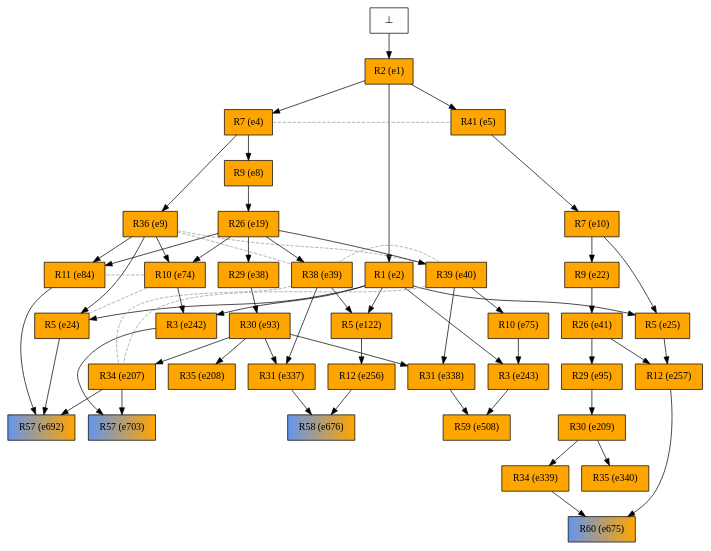
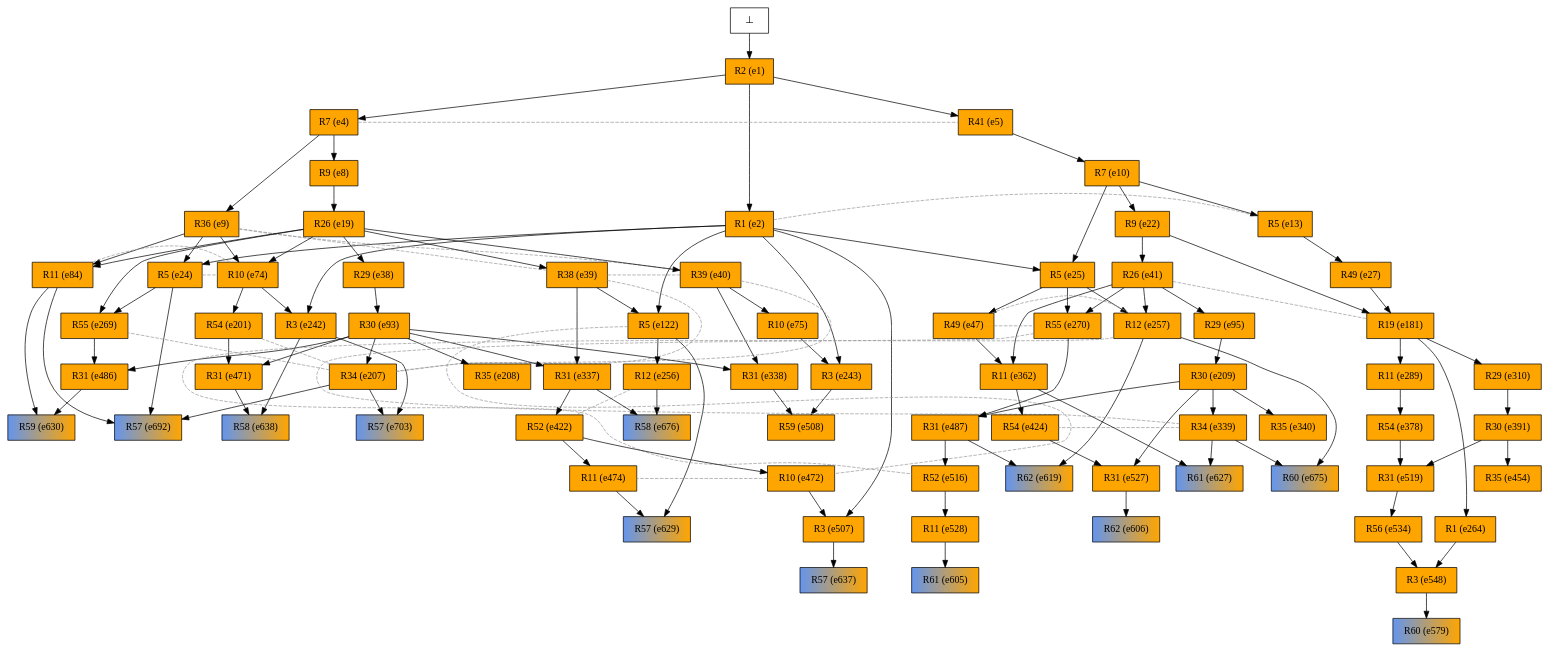
One commit to giannkas/ecofolder changed the diagram in examples/sys_t/sys_t_Bu2_pr_unf.dot. Above: the diagram before and after it, drawn with Graphviz. The commit also changed 22 other files, not shown here.

```diff
--- a/examples/sys_t/sys_t_Bu2_pr_unf.dot
+++ b/examples/sys_t/sys_t_Bu2_pr_unf.dot
@@ -5,16 +5,19 @@
   e4 -> e8;
   e4 -> e9;
   e5 -> e10;
+  e10 -> e13;
   e8 -> e19;
   e10 -> e22;
   e2 -> e24;
   e9 -> e24;
   e2 -> e25;
   e10 -> e25;
+  e13 -> e27;
   e19 -> e38;
   e19 -> e39;
   e19 -> e40;
   e22 -> e41;
+  e25 -> e47;
   e9 -> e74;
   e19 -> e74;
   e40 -> e75;
@@ -24,6 +27,9 @@
   e41 -> e95;
   e2 -> e122;
   e39 -> e122;
+  e22 -> e181;
+  e27 -> e181;
+  e74 -> e201;
   e93 -> e207;
   e93 -> e208;
   e95 -> e209;
@@ -34,14 +40,61 @@
   e122 -> e256;
   e25 -> e257;
   e41 -> e257;
+  e181 -> e264;
+  e19 -> e269;
+  e24 -> e269;
+  e25 -> e270;
+  e41 -> e270;
+  e181 -> e289;
+  e181 -> e310;
   e39 -> e337;
   e93 -> e337;
   e40 -> e338;
   e93 -> e338;
   e209 -> e339;
   e209 -> e340;
+  e41 -> e362;
+  e47 -> e362;
+  e289 -> e378;
+  e310 -> e391;
+  e337 -> e422;
+  e362 -> e424;
+  e391 -> e454;
+  e93 -> e471;
+  e201 -> e471;
+  e422 -> e472;
+  e422 -> e474;
+  e93 -> e486;
+  e269 -> e486;
+  e209 -> e487;
+  e270 -> e487;
+  e2 -> e507;
+  e472 -> e507;
   e243 -> e508;
   e338 -> e508;
+  e487 -> e516;
+  e378 -> e519;
+  e391 -> e519;
+  e209 -> e527;
+  e424 -> e527;
+  e516 -> e528;
+  e519 -> e534;
+  e264 -> e548;
+  e534 -> e548;
+  e548 -> e579;
+  e528 -> e605;
+  e527 -> e606;
+  e257 -> e619;
+  e487 -> e619;
+  e339 -> e627;
+  e362 -> e627;
+  e122 -> e629;
+  e474 -> e629;
+  e84 -> e630;
+  e486 -> e630;
+  e507 -> e637;
+  e242 -> e638;
+  e471 -> e638;
   e257 -> e675;
   e339 -> e675;
   e256 -> e676;
@@ -54,6 +107,7 @@
   e0 -> e1;
 
 //conflicts
+  e2 -> e13 [arrowhead=none color=gray60 style=dashed constraint=false];
   e4 -> e5 [arrowhead=none color=gray60 style=dashed constraint=false];
   e9 -> e39 [arrowhead=none color=gray60 style=dashed constraint=false];
   e9 -> e40 [arrowhead=none color=gray60 style=dashed constraint=false];
@@ -61,7 +115,18 @@
   e39 -> e40 [arrowhead=none color=gray60 style=dashed constraint=false];
   e39 -> e207 [arrowhead=none color=gray60 style=dashed constraint=false];
   e40 -> e207 [arrowhead=none color=gray60 style=dashed constraint=false];
+  e41 -> e181 [arrowhead=none color=gray60 style=dashed constraint=false];
+  e47 -> e257 [arrowhead=none color=gray60 style=dashed constraint=false];
+  e47 -> e270 [arrowhead=none color=gray60 style=dashed constraint=false];
   e74 -> e84 [arrowhead=none color=gray60 style=dashed constraint=false];
+  e122 -> e472 [arrowhead=none color=gray60 style=dashed constraint=false];
+  e201 -> e207 [arrowhead=none color=gray60 style=dashed constraint=false];
+  e207 -> e269 [arrowhead=none color=gray60 style=dashed constraint=false];
+  e256 -> e422 [arrowhead=none color=gray60 style=dashed constraint=false];
+  e257 -> e516 [arrowhead=none color=gray60 style=dashed constraint=false];
+  e270 -> e339 [arrowhead=none color=gray60 style=dashed constraint=false];
+  e339 -> e424 [arrowhead=none color=gray60 style=dashed constraint=false];
+  e472 -> e474 [arrowhead=none color=gray60 style=dashed constraint=false];
 
   e1 [color="black" fillcolor="orange:orange" label="R2 (e1)" shape=box style=filled];
   e2 [color="black" fillcolor="orange:orange" label="R1 (e2)" shape=box style=filled];
@@ -70,20 +135,25 @@
   e8 [color="black" fillcolor="orange:orange" label="R9 (e8)" shape=box style=filled];
   e9 [color="black" fillcolor="orange:orange" label="R36 (e9)" shape=box style=filled];
   e10 [color="black" fillcolor="orange:orange" label="R7 (e10)" shape=box style=filled];
+  e13 [color="black" fillcolor="orange:orange" label="R5 (e13)" shape=box style=filled];
   e19 [color="black" fillcolor="orange:orange" label="R26 (e19)" shape=box style=filled];
   e22 [color="black" fillcolor="orange:orange" label="R9 (e22)" shape=box style=filled];
   e24 [color="black" fillcolor="orange:orange" label="R5 (e24)" shape=box style=filled];
   e25 [color="black" fillcolor="orange:orange" label="R5 (e25)" shape=box style=filled];
+  e27 [color="black" fillcolor="orange:orange" label="R49 (e27)" shape=box style=filled];
   e38 [color="black" fillcolor="orange:orange" label="R29 (e38)" shape=box style=filled];
   e39 [color="black" fillcolor="orange:orange" label="R38 (e39)" shape=box style=filled];
   e40 [color="black" fillcolor="orange:orange" label="R39 (e40)" shape=box style=filled];
   e41 [color="black" fillcolor="orange:orange" label="R26 (e41)" shape=box style=filled];
+  e47 [color="black" fillcolor="orange:orange" label="R49 (e47)" shape=box style=filled];
   e74 [color="black" fillcolor="orange:orange" label="R10 (e74)" shape=box style=filled];
   e75 [color="black" fillcolor="orange:orange" label="R10 (e75)" shape=box style=filled];
   e84 [color="black" fillcolor="orange:orange" label="R11 (e84)" shape=box style=filled];
   e93 [color="black" fillcolor="orange:orange" label="R30 (e93)" shape=box style=filled];
   e95 [color="black" fillcolor="orange:orange" label="R29 (e95)" shape=box style=filled];
   e122 [color="black" fillcolor="orange:orange" label="R5 (e122)" shape=box style=filled];
+  e181 [color="black" fillcolor="orange:orange" label="R19 (e181)" shape=box style=filled];
+  e201 [color="black" fillcolor="orange:orange" label="R54 (e201)" shape=box style=filled];
   e207 [color="black" fillcolor="orange:orange" label="R34 (e207)" shape=box style=filled];
   e208 [color="black" fillcolor="orange:orange" label="R35 (e208)" shape=box style=filled];
   e209 [color="black" fillcolor="orange:orange" label="R30 (e209)" shape=box style=filled];
@@ -91,11 +161,43 @@
   e243 [color="black" fillcolor="orange:orange" label="R3 (e243)" shape=box style=filled];
   e256 [color="black" fillcolor="orange:orange" label="R12 (e256)" shape=box style=filled];
   e257 [color="black" fillcolor="orange:orange" label="R12 (e257)" shape=box style=filled];
+  e264 [color="black" fillcolor="orange:orange" label="R1 (e264)" shape=box style=filled];
+  e269 [color="black" fillcolor="orange:orange" label="R55 (e269)" shape=box style=filled];
+  e270 [color="black" fillcolor="orange:orange" label="R55 (e270)" shape=box style=filled];
+  e289 [color="black" fillcolor="orange:orange" label="R11 (e289)" shape=box style=filled];
+  e310 [color="black" fillcolor="orange:orange" label="R29 (e310)" shape=box style=filled];
   e337 [color="black" fillcolor="orange:orange" label="R31 (e337)" shape=box style=filled];
   e338 [color="black" fillcolor="orange:orange" label="R31 (e338)" shape=box style=filled];
   e339 [color="black" fillcolor="orange:orange" label="R34 (e339)" shape=box style=filled];
   e340 [color="black" fillcolor="orange:orange" label="R35 (e340)" shape=box style=filled];
+  e362 [color="black" fillcolor="orange:orange" label="R11 (e362)" shape=box style=filled];
+  e378 [color="black" fillcolor="orange:orange" label="R54 (e378)" shape=box style=filled];
+  e391 [color="black" fillcolor="orange:orange" label="R30 (e391)" shape=box style=filled];
+  e422 [color="black" fillcolor="orange:orange" label="R52 (e422)" shape=box style=filled];
+  e424 [color="black" fillcolor="orange:orange" label="R54 (e424)" shape=box style=filled];
+  e454 [color="black" fillcolor="orange:orange" label="R35 (e454)" shape=box style=filled];
+  e471 [color="black" fillcolor="orange:orange" label="R31 (e471)" shape=box style=filled];
+  e472 [color="black" fillcolor="orange:orange" label="R10 (e472)" shape=box style=filled];
+  e474 [color="black" fillcolor="orange:orange" label="R11 (e474)" shape=box style=filled];
+  e486 [color="black" fillcolor="orange:orange" label="R31 (e486)" shape=box style=filled];
+  e487 [color="black" fillcolor="orange:orange" label="R31 (e487)" shape=box style=filled];
+  e507 [color="black" fillcolor="orange:orange" label="R3 (e507)" shape=box style=filled];
   e508 [color="black" fillcolor="orange:orange" label="R59 (e508)" shape=box style=filled];
+  e516 [color="black" fillcolor="orange:orange" label="R52 (e516)" shape=box style=filled];
+  e519 [color="black" fillcolor="orange:orange" label="R31 (e519)" shape=box style=filled];
+  e527 [color="black" fillcolor="orange:orange" label="R31 (e527)" shape=box style=filled];
+  e528 [color="black" fillcolor="orange:orange" label="R11 (e528)" shape=box style=filled];
+  e534 [color="black" fillcolor="orange:orange" label="R56 (e534)" shape=box style=filled];
+  e548 [color="black" fillcolor="orange:orange" label="R3 (e548)" shape=box style=filled];
+  e579 [color="black" fillcolor="cornflowerblue:orange" label="R60 (e579)" shape=box style=filled];
+  e605 [color="black" fillcolor="cornflowerblue:orange" label="R61 (e605)" shape=box style=filled];
+  e606 [color="black" fillcolor="cornflowerblue:orange" label="R62 (e606)" shape=box style=filled];
+  e619 [color="black" fillcolor="cornflowerblue:orange" label="R62 (e619)" shape=box style=filled];
+  e627 [color="black" fillcolor="cornflowerblue:orange" label="R61 (e627)" shape=box style=filled];
+  e629 [color="black" fillcolor="cornflowerblue:orange" label="R57 (e629)" shape=box style=filled];
+  e630 [color="black" fillcolor="cornflowerblue:orange" label="R59 (e630)" shape=box style=filled];
+  e637 [color="black" fillcolor="cornflowerblue:orange" label="R57 (e637)" shape=box style=filled];
+  e638 [color="black" fillcolor="cornflowerblue:orange" label="R58 (e638)" shape=box style=filled];
   e675 [color="black" fillcolor="cornflowerblue:orange" label="R60 (e675)" shape=box style=filled];
   e676 [color="black" fillcolor="cornflowerblue:orange" label="R58 (e676)" shape=box style=filled];
   e692 [color="black" fillcolor="cornflowerblue:orange" label="R57 (e692)" shape=box style=filled];
```
